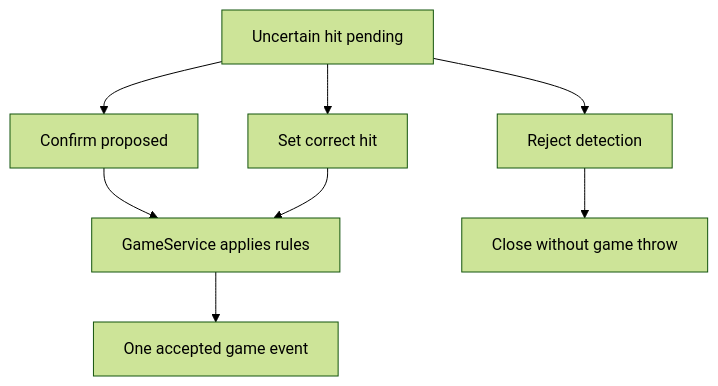
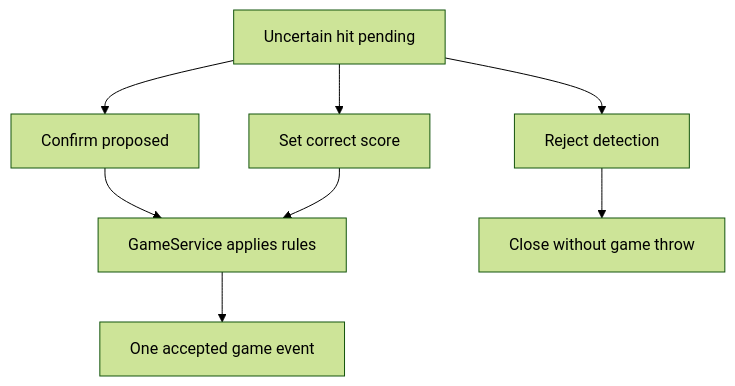
The diagram in Docs/web-ui-first-release.md (teddycool/DartScore), drawn with Mermaid (forest theme) before and after one commit. The commit also changed other lines of this file, not shown here.

Commit message:
Set pause, score-only correction and manual image retention for v1

````diff
--- a/Docs/web-ui-first-release.md
+++ b/Docs/web-ui-first-release.md
@@ -44,10 +44,10 @@
 ```mermaid
 flowchart TD
   P["Uncertain hit pending"] --> C["Confirm proposed"]
-  P --> M["Set correct hit"]
+  P --> M["Set correct score"]
   P --> R["Reject detection"]
   C --> G["GameService applies rules"]
   M --> G
   R --> X["Close without game throw"]
   G --> S["One accepted game event"]
 ```
````
